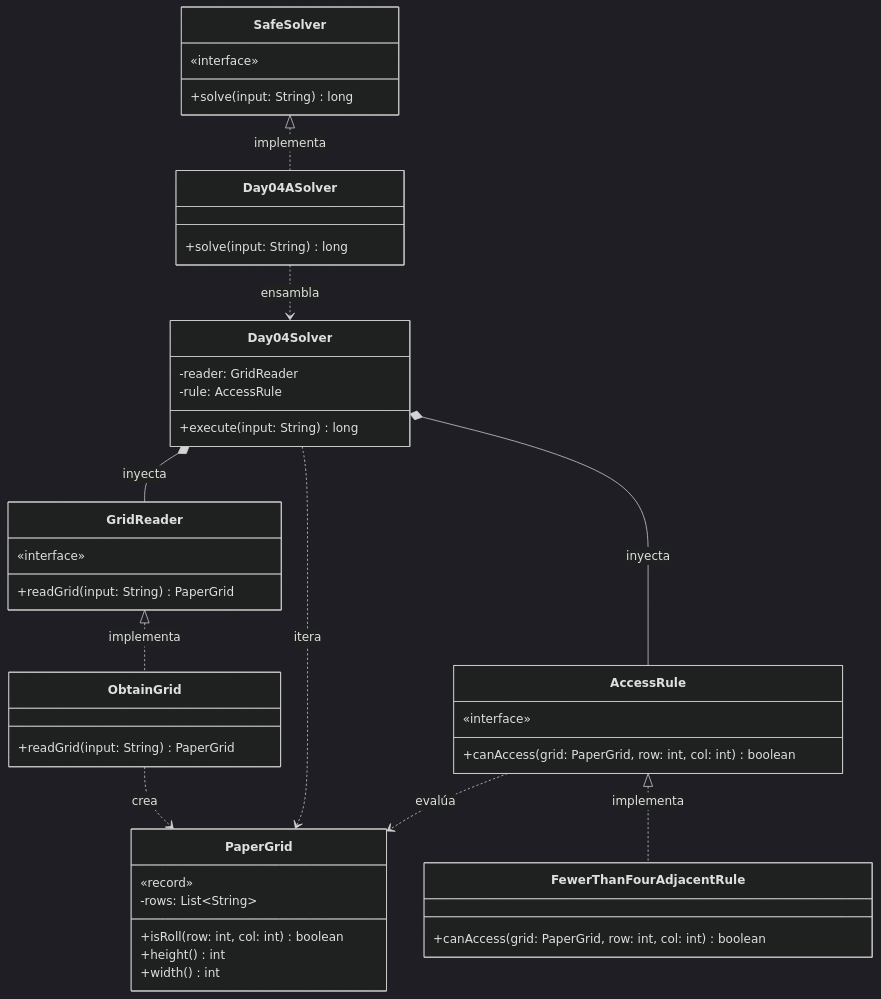
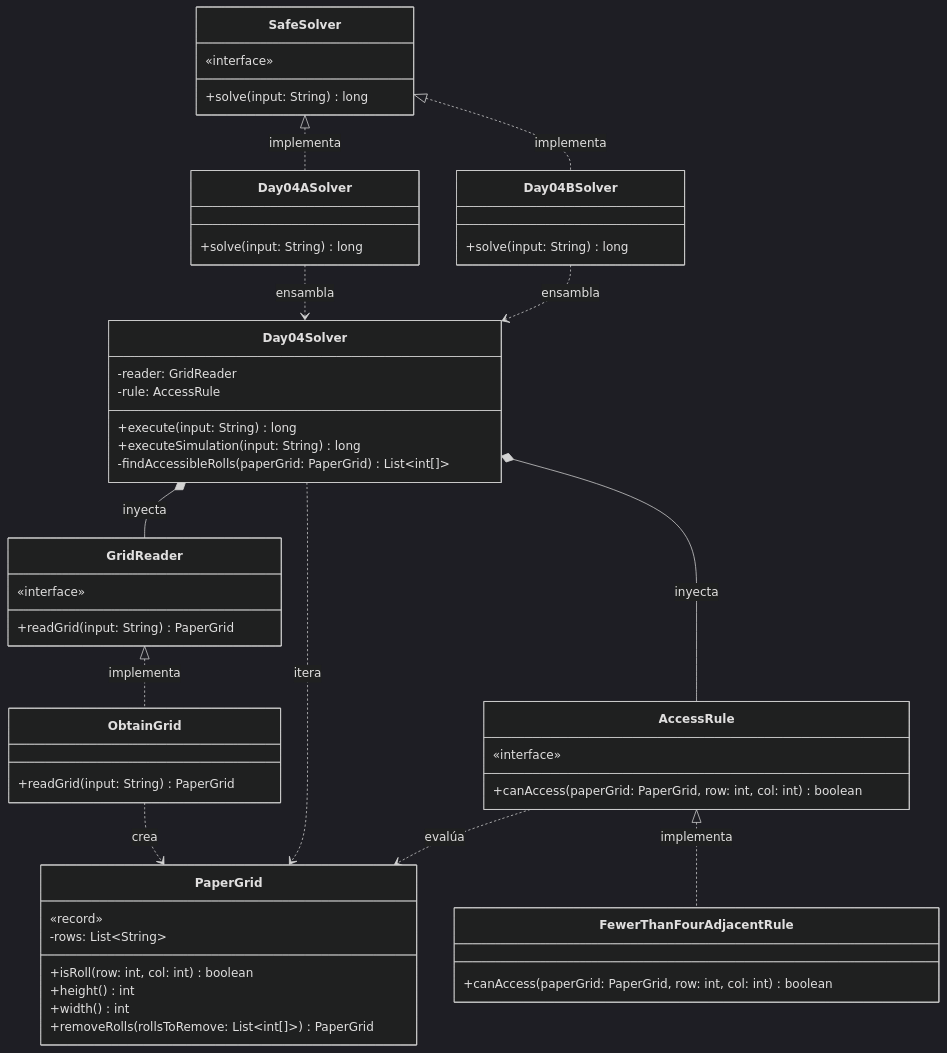
The diagram in src/main/java/software/aoc/day04/README.md (ivanperezdiaz829/AoC2025), drawn with Mermaid (dark theme) before and after one commit. The commit also changed other lines of this file and 11 other files, not shown here.

````diff
--- a/src/main/java/software/aoc/day04/README.md
+++ b/src/main/java/software/aoc/day04/README.md
@@ -36,58 +34,67 @@
 ```mermaid
 classDiagram
     class SafeSolver {
         «interface»
         +solve(input: String) long
     }
 
     class Day04ASolver {
         +solve(input: String) long
     }
 
+    class Day04BSolver {
+        +solve(input: String) long
+    }
+
     class Day04Solver {
         -reader: GridReader
         -rule: AccessRule
         +execute(input: String) long
+        +executeSimulation(input: String) long
+        -findAccessibleRolls(paperGrid: PaperGrid) List~int[]~
     }
 
     class PaperGrid {
         «record»
         -rows: List~String~
         +isRoll(row: int, col: int) boolean
         +height() int
         +width() int
+        +removeRolls(rollsToRemove: List~int[]~) PaperGrid
     }
 
     class GridReader {
         «interface»
         +readGrid(input: String) PaperGrid
     }
 
     class ObtainGrid {
         +readGrid(input: String) PaperGrid
     }
 
     class AccessRule {
         «interface»
-        +canAccess(grid: PaperGrid, row: int, col: int) boolean
+        +canAccess(paperGrid: PaperGrid, row: int, col: int) boolean
     }
 
     class FewerThanFourAdjacentRule {
-        +canAccess(grid: PaperGrid, row: int, col: int) boolean
+        +canAccess(paperGrid: PaperGrid, row: int, col: int) boolean
     }
 
 %% Relaciones de Implementación
     SafeSolver <|.. Day04ASolver : implementa
+    SafeSolver <|.. Day04BSolver : implementa
     GridReader <|.. ObtainGrid : implementa
     AccessRule <|.. FewerThanFourAdjacentRule : implementa
 
 %% Relaciones de Orquestación e Inyección
     Day04ASolver ..> Day04Solver : ensambla
+    Day04BSolver ..> Day04Solver : ensambla
     Day04Solver *-- GridReader : inyecta
     Day04Solver *-- AccessRule : inyecta
 
 %% Dependencias de Dominio
     ObtainGrid ..> PaperGrid : crea
     Day04Solver ..> PaperGrid : itera
     AccessRule ..> PaperGrid : evalúa
 ```
````
